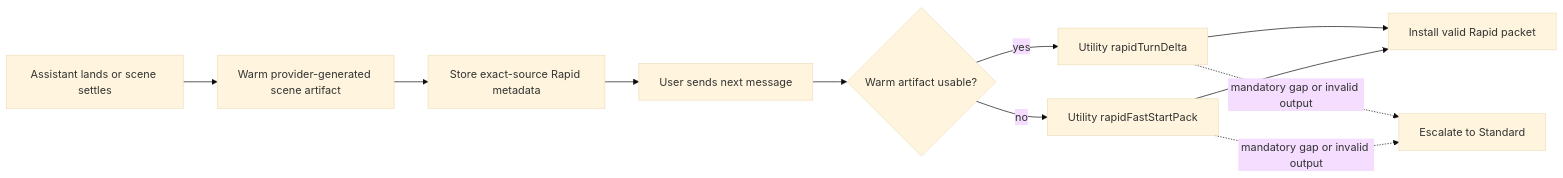
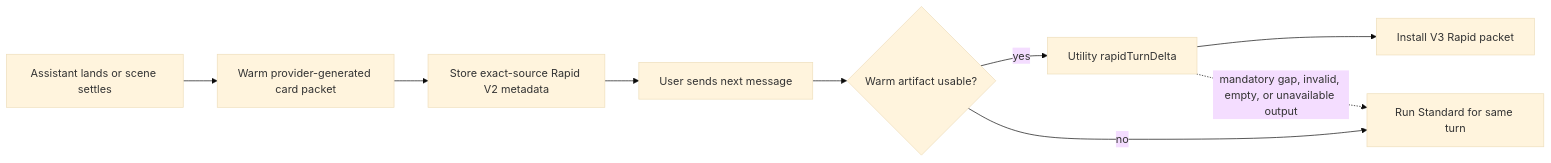
One commit to MentallyQuill/Recursion changed the second of 2 diagrams in README.md. Above: the diagram before and after it, drawn with Mermaid (base theme). The commit also changed other lines of this file and 39 other files, not shown here.

````diff
--- a/README.md
+++ b/README.md
@@ -68,13 +68,11 @@
 ```mermaid
 flowchart LR
-    Settle["Assistant lands or scene settles"] --> Warm["Warm provider-generated scene artifact"]
-    Warm --> Cache["Store exact-source Rapid metadata"]
+    Settle["Assistant lands or scene settles"] --> Warm["Warm provider-generated card packet"]
+    Warm --> Cache["Store exact-source Rapid V2 metadata"]
     Cache --> Send["User sends next message"]
     Send --> Decision{"Warm artifact usable?"}
     Decision -- "yes" --> Delta["Utility rapidTurnDelta"]
-    Decision -- "no" --> FastStart["Utility rapidFastStartPack"]
-    Delta --> Packet["Install valid Rapid packet"]
-    FastStart --> Packet
-    Delta -. "mandatory gap or invalid output" .-> Standard["Escalate to Standard"]
-    FastStart -. "mandatory gap or invalid output" .-> Standard
+    Decision -- "no" --> Standard["Run Standard for same turn"]
+    Delta --> Packet["Install V3 Rapid packet"]
+    Delta -. "mandatory gap, invalid, empty, or unavailable output" .-> Standard
 ```
````
